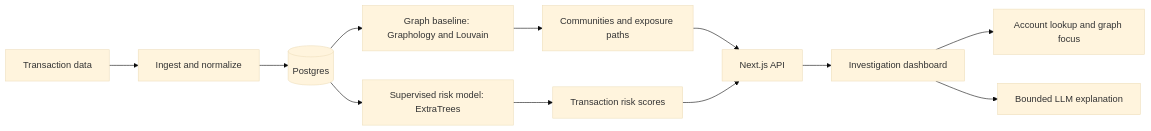
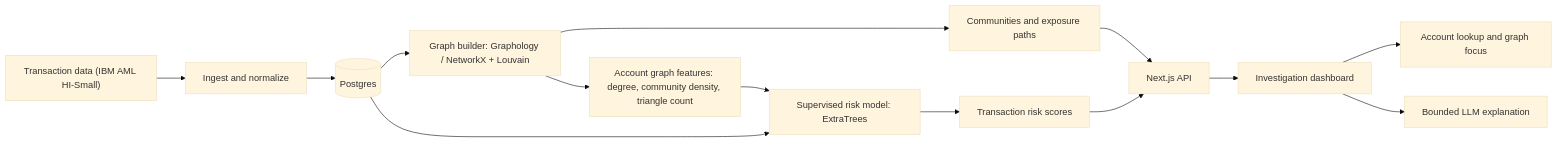
Before and after one commit to abhishekpasupathy/ringwatch: the first of 6 diagrams in README.md, drawn with Mermaid (base theme). The commit also changed other lines of this file and 1 other file, not shown here.

Commit message:
Revamp README and BENCHMARK.md with graph-feature model results, remove leftover merge conflict markers

````diff
--- a/README.md
+++ b/README.md
@@ -23,14 +24,16 @@
 ```mermaid
 flowchart LR
-    Source["Transaction data"] --> Ingest["Ingest and normalize"]
+    Source["Transaction data (IBM AML HI-Small)"] --> Ingest["Ingest and normalize"]
     Ingest --> Store[("Postgres")]
-    Store --> Graph["Graph baseline: Graphology and Louvain"]
+    Store --> Graph["Graph builder: Graphology / NetworkX + Louvain"]
     Graph --> Clusters["Communities and exposure paths"]
+    Graph --> GraphFeatures["Account graph features: degree, community density, triangle count"]
     Store --> Model["Supervised risk model: ExtraTrees"]
+    GraphFeatures --> Model
     Model --> Scores["Transaction risk scores"]
     Clusters --> API["Next.js API"]
     Scores --> API
     API --> Dashboard["Investigation dashboard"]
     Dashboard --> Lookup["Account lookup and graph focus"]
     Dashboard --> Explain["Bounded LLM explanation"]
 ```
````
